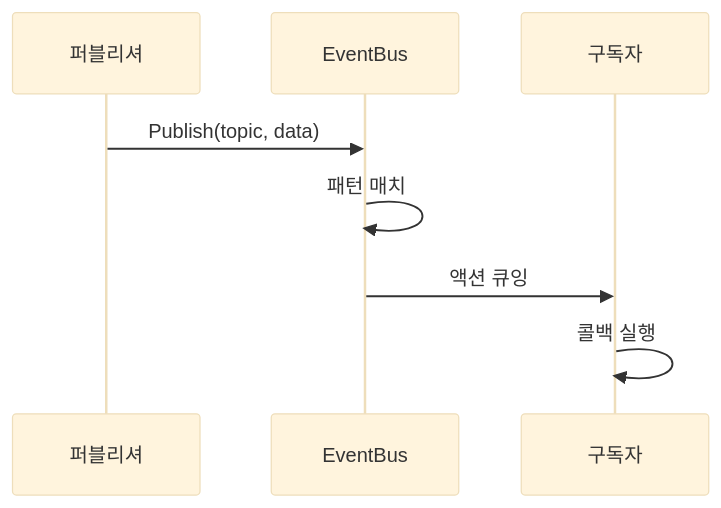
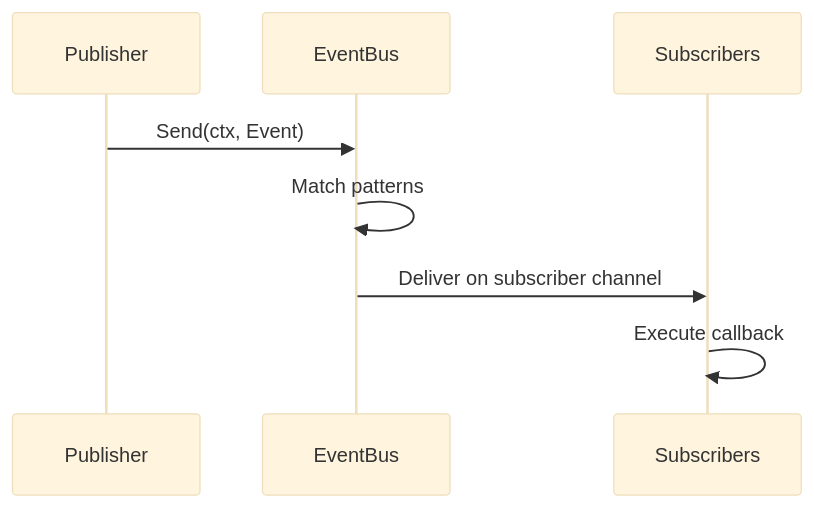
One commit to wippyai/docs changed the first of 3 diagrams in ko/internals/architecture.md. Above: the diagram before and after it, drawn with Mermaid (base theme). The commit also changed other lines of this file and 870 other files, not shown here.

````diff
--- a/ko/internals/architecture.md
+++ b/ko/internals/architecture.md
@@ -109,11 +108,11 @@
 ```mermaid
 sequenceDiagram
-    participant P as 퍼블리셔
+    participant P as Publisher
     participant B as EventBus
-    participant S as 구독자
+    participant S as Subscribers
 
-    P->>B: Publish(topic, data)
-    B->>B: 패턴 매치
-    B->>S: 액션 큐잉
-    S->>S: 콜백 실행
+    P->>B: Send(ctx, Event)
+    B->>B: Match patterns
+    B->>S: Deliver on subscriber channel
+    S->>S: Execute callback
 ```
````
